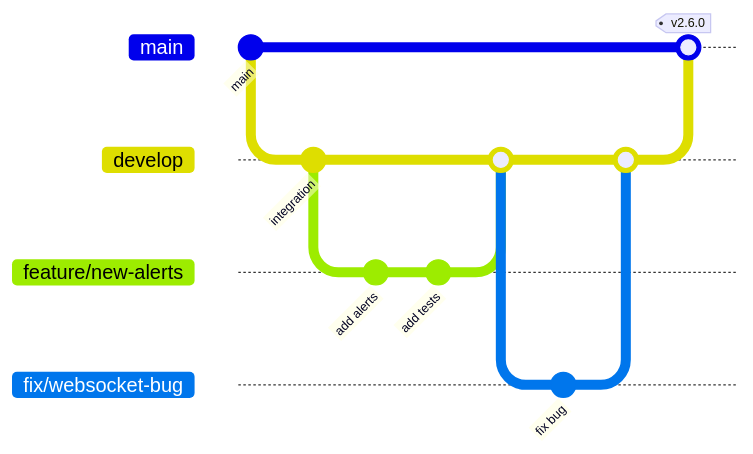
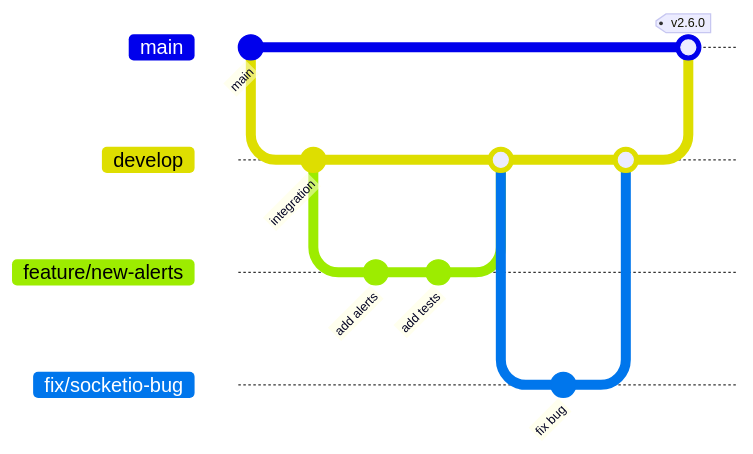
One commit to CHA0S-CORP/SkySpy changed the first of 5 diagrams in docs/15-contributing.md. Above: the diagram before and after it, drawn with Mermaid. The commit also changed other lines of this file and 5 other files, not shown here.

````diff
--- a/docs/15-contributing.md
+++ b/docs/15-contributing.md
@@ -359,20 +359,20 @@
 ```mermaid
 gitGraph
     commit id: "main"
     branch develop
     checkout develop
     commit id: "integration"
     branch feature/new-alerts
     checkout feature/new-alerts
     commit id: "add alerts"
     commit id: "add tests"
     checkout develop
     merge feature/new-alerts
-    branch fix/websocket-bug
-    checkout fix/websocket-bug
+    branch fix/socketio-bug
+    checkout fix/socketio-bug
     commit id: "fix bug"
     checkout develop
-    merge fix/websocket-bug
+    merge fix/socketio-bug
     checkout main
     merge develop tag: "v2.6.0"
 ```
````
